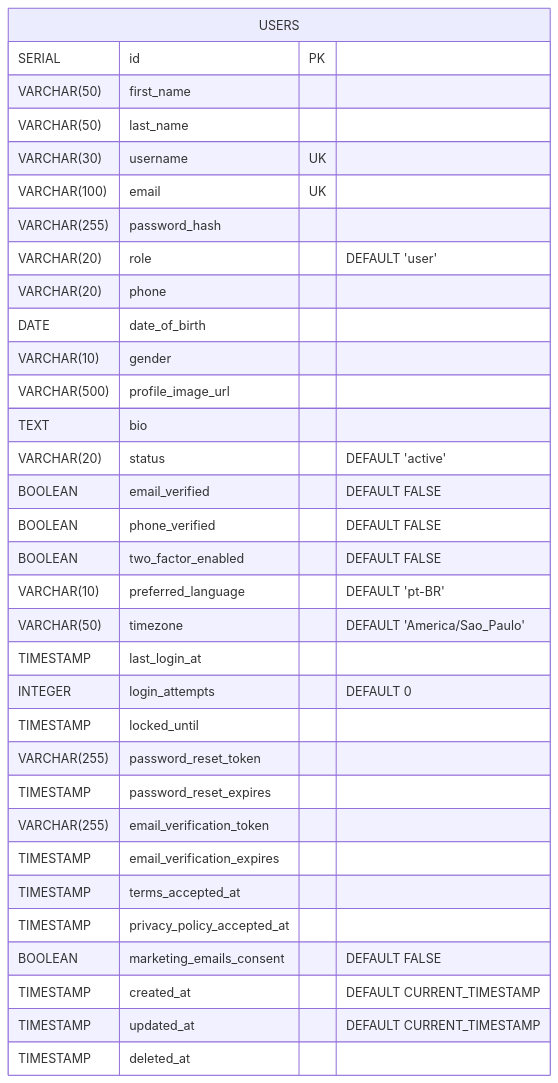
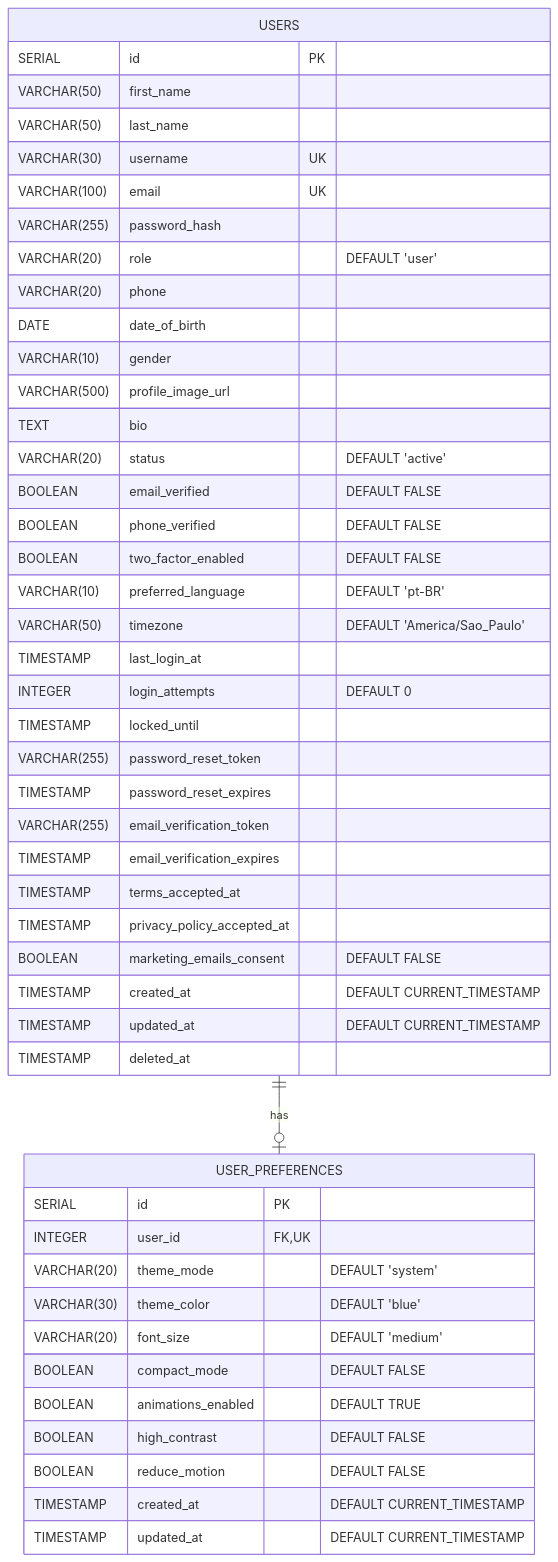
Before and after one commit to AlexanderBassani/api-tcc: the diagram in database-diagram.md, drawn with Mermaid. The commit also changed other lines of this file and 11 other files, not shown here.

````diff
--- a/database-diagram.md
+++ b/database-diagram.md
@@ -5,36 +5,52 @@
 ```mermaid
 erDiagram
+    USERS ||--o| USER_PREFERENCES : has
+
     USERS {
         SERIAL id PK
         VARCHAR(50) first_name
         VARCHAR(50) last_name
         VARCHAR(30) username UK
         VARCHAR(100) email UK
         VARCHAR(255) password_hash
         VARCHAR(20) role "DEFAULT 'user'"
         VARCHAR(20) phone
         DATE date_of_birth
         VARCHAR(10) gender
         VARCHAR(500) profile_image_url
         TEXT bio
         VARCHAR(20) status "DEFAULT 'active'"
         BOOLEAN email_verified "DEFAULT FALSE"
         BOOLEAN phone_verified "DEFAULT FALSE"
         BOOLEAN two_factor_enabled "DEFAULT FALSE"
         VARCHAR(10) preferred_language "DEFAULT 'pt-BR'"
         VARCHAR(50) timezone "DEFAULT 'America/Sao_Paulo'"
         TIMESTAMP last_login_at
         INTEGER login_attempts "DEFAULT 0"
         TIMESTAMP locked_until
         VARCHAR(255) password_reset_token
         TIMESTAMP password_reset_expires
         VARCHAR(255) email_verification_token
         TIMESTAMP email_verification_expires
         TIMESTAMP terms_accepted_at
         TIMESTAMP privacy_policy_accepted_at
         BOOLEAN marketing_emails_consent "DEFAULT FALSE"
         TIMESTAMP created_at "DEFAULT CURRENT_TIMESTAMP"
         TIMESTAMP updated_at "DEFAULT CURRENT_TIMESTAMP"
         TIMESTAMP deleted_at
     }
+
+    USER_PREFERENCES {
+        SERIAL id PK
+        INTEGER user_id FK,UK
+        VARCHAR(20) theme_mode "DEFAULT 'system'"
+        VARCHAR(30) theme_color "DEFAULT 'blue'"
+        VARCHAR(20) font_size "DEFAULT 'medium'"
+        BOOLEAN compact_mode "DEFAULT FALSE"
+        BOOLEAN animations_enabled "DEFAULT TRUE"
+        BOOLEAN high_contrast "DEFAULT FALSE"
+        BOOLEAN reduce_motion "DEFAULT FALSE"
+        TIMESTAMP created_at "DEFAULT CURRENT_TIMESTAMP"
+        TIMESTAMP updated_at "DEFAULT CURRENT_TIMESTAMP"
+    }
 ```
````
